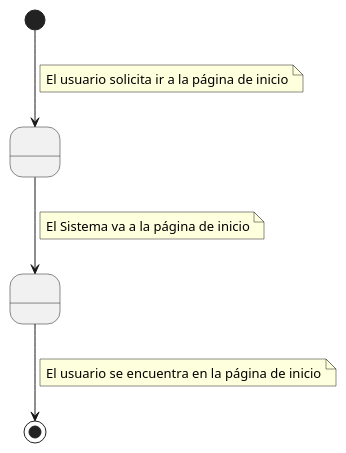
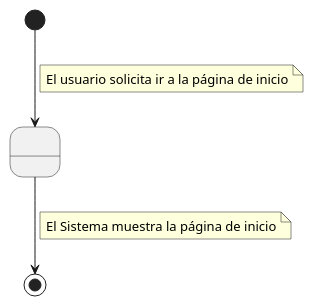
Before and after one commit to mmasias/24-25-IdSw1-SDR: the diagram in Documentos/DetallarCasosDeUso/IrAlInicio.puml, drawn with PlantUML.

Commit message:
Mejora Ir a Inicio

```diff
--- a/Documentos/DetallarCasosDeUso/IrAlInicio.puml
+++ b/Documentos/DetallarCasosDeUso/IrAlInicio.puml
@@ -1,19 +1,12 @@
 @startuml
-
 state " " as Estado1
-state " " as Estado2
 
 [*] --> Estado1
     note on link
         El usuario solicita ir a la página de inicio
     end note
-Estado1 --> Estado2
+Estado1 --> [*]
     note on link
-        El Sistema va a la página de inicio
+        El Sistema muestra la página de inicio
     end note
-Estado2 --> [*]
-    note on link
-        El usuario se encuentra en la página de inicio
-    end note
-
 @enduml
```
